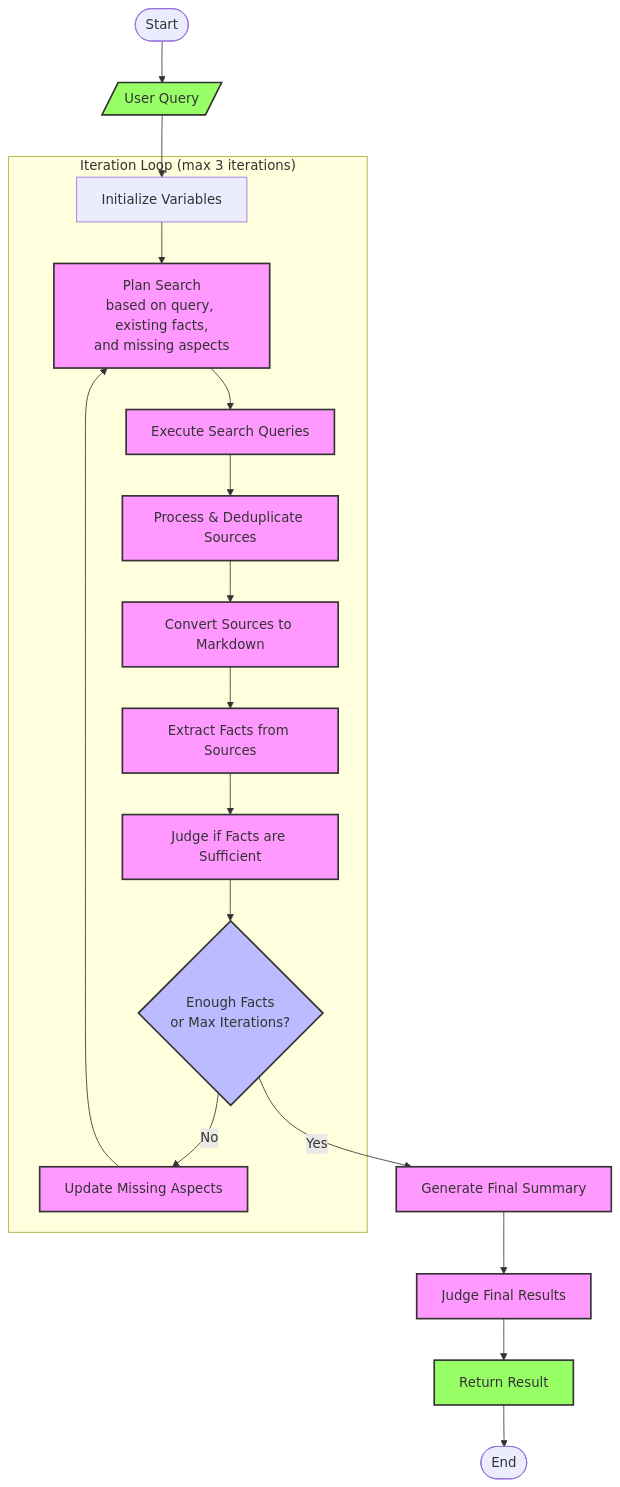
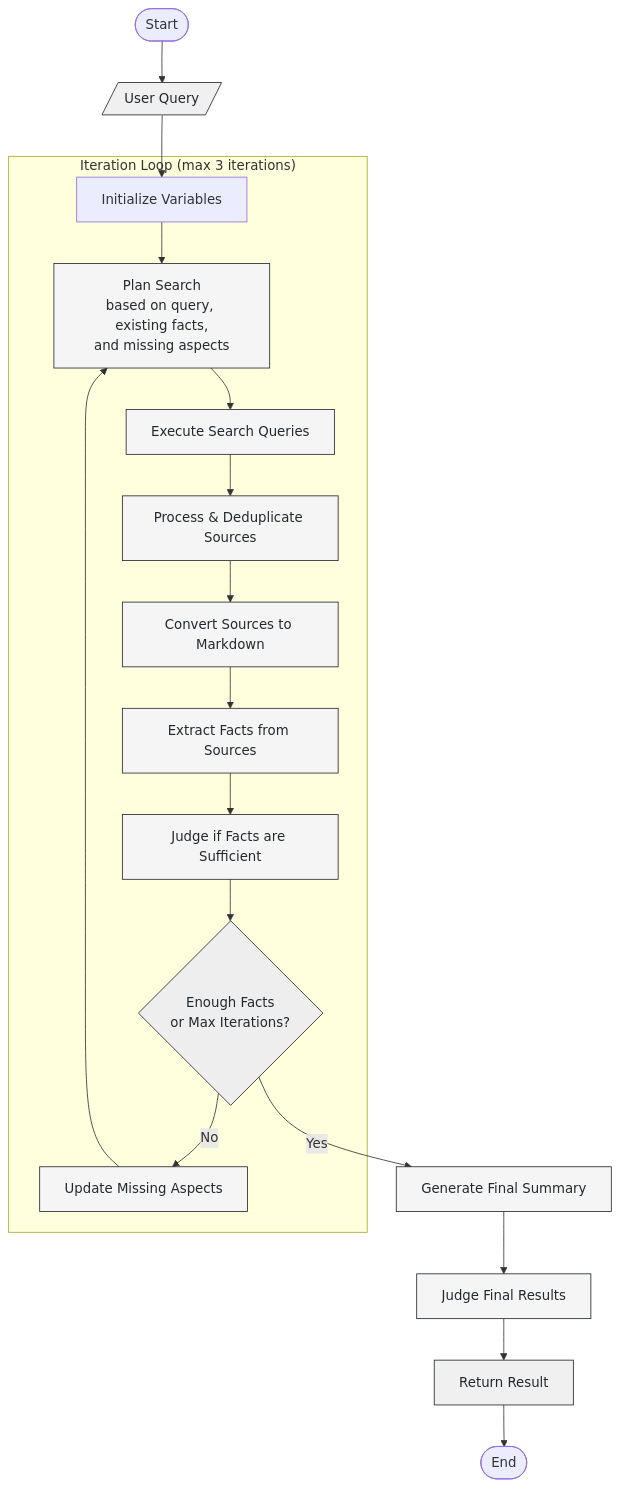
Before and after one commit to hatchet-dev/hatchet-typescript-deep-research: the diagram in README.md, drawn with Mermaid.

Commit message:
more readable

````diff
--- a/README.md
+++ b/README.md
@@ -67,31 +67,31 @@
 ```mermaid
-
 flowchart TD
     Start([Start]) --> Input[/User Query/]
     Input --> InitVars[Initialize Variables]
 
     subgraph IterationLoop["Iteration Loop (max 3 iterations)"]
         InitVars --> PlanSearch[Plan Search\nbased on query, existing facts,\nand missing aspects]
         PlanSearch --> SearchQueries[Execute Search Queries]
         SearchQueries --> ProcessSources[Process & Deduplicate Sources]
         ProcessSources --> ConvertToMd[Convert Sources to Markdown]
         ConvertToMd --> ExtractFacts[Extract Facts from Sources]
         ExtractFacts --> JudgeFacts[Judge if Facts are Sufficient]
         JudgeFacts --> Decision{Enough Facts\nor Max Iterations?}
         Decision -->|No| UpdateMissing[Update Missing Aspects]
         UpdateMissing --> PlanSearch
     end
 
     Decision -->|Yes| GenerateSummary[Generate Final Summary]
     GenerateSummary --> JudgeResults[Judge Final Results]
     JudgeResults --> ReturnResult[Return Result]
     ReturnResult --> End([End])
 
-    classDef process fill:#f9f,stroke:#333,stroke-width:2px;
-    classDef decision fill:#bbf,stroke:#333,stroke-width:2px;
-    classDef io fill:#9f6,stroke:#333,stroke-width:2px;
+    %% Light grayscale fill with dark text
+    classDef process fill:#f5f5f5,stroke:#24292e,stroke-width:1px,color:#24292e;
+    classDef decision fill:#eeeeee,stroke:#24292e,stroke-width:1px,color:#24292e;
+    classDef io fill:#f0f0f0,stroke:#24292e,stroke-width:1px,color:#24292e;
 
     class PlanSearch,SearchQueries,ProcessSources,ConvertToMd,ExtractFacts,JudgeFacts,GenerateSummary,JudgeResults,UpdateMissing process;
     class Decision decision;
     class Input,ReturnResult io;
 ```
````
